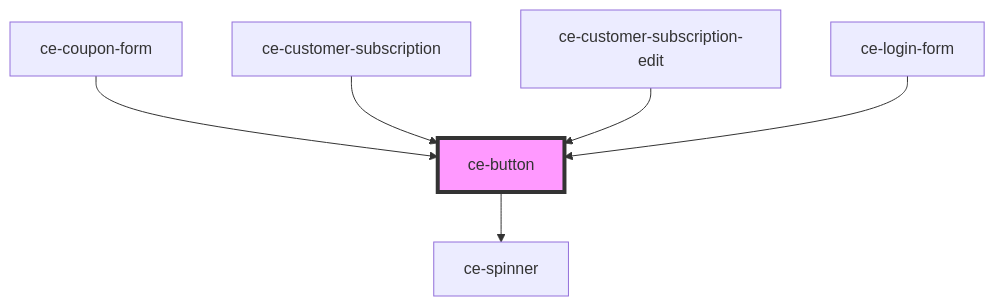
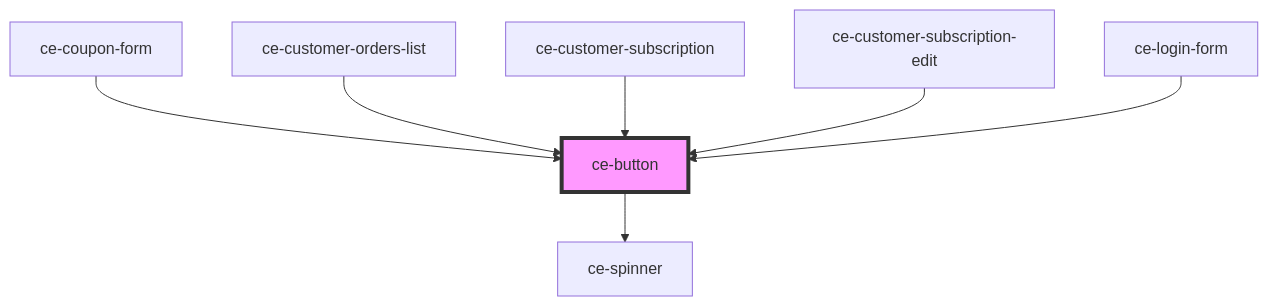
The diagram in packages/components/src/components/ui/button/readme.md (surecart/surecart-wp-plugin), drawn with Mermaid before and after one commit. The commit also changed other lines of this file and 241 other files, not shown here.

````diff
--- a/packages/components/src/components/ui/button/readme.md
+++ b/packages/components/src/components/ui/button/readme.md
@@ -61,9 +62,10 @@
 ```mermaid
 graph TD;
   ce-button --> ce-spinner
   ce-coupon-form --> ce-button
+  ce-customer-orders-list --> ce-button
   ce-customer-subscription --> ce-button
   ce-customer-subscription-edit --> ce-button
   ce-login-form --> ce-button
   style ce-button fill:#f9f,stroke:#333,stroke-width:4px
 ```
````
